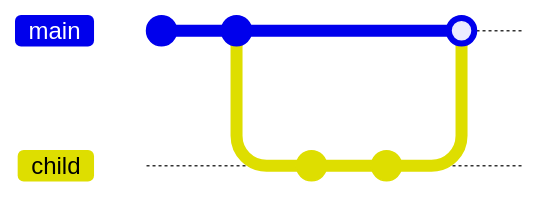
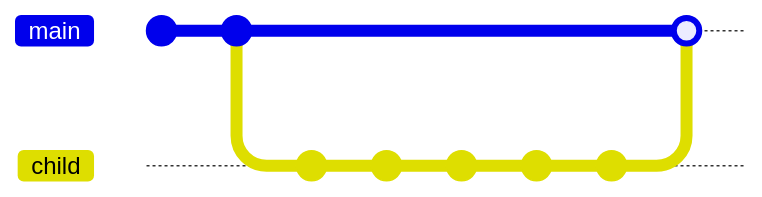
One commit to dreamcatcher-tech/network changed the fourth of 7 diagrams in website/dust/Requests/R06.md. Above: the diagram before and after it, drawn with Mermaid. Commit ids are hidden.

Commit message:
vault backup: 2024-01-23 18:37:05

````diff
--- a/website/dust/Requests/R06.md
+++ b/website/dust/Requests/R06.md
@@ -84,10 +84,13 @@
 ```mermaid
     gitGraph
       commit
       commit
       branch child
       commit
       commit
+      commit
+      commit
+      commit
       checkout main
       merge child
 ```
````
